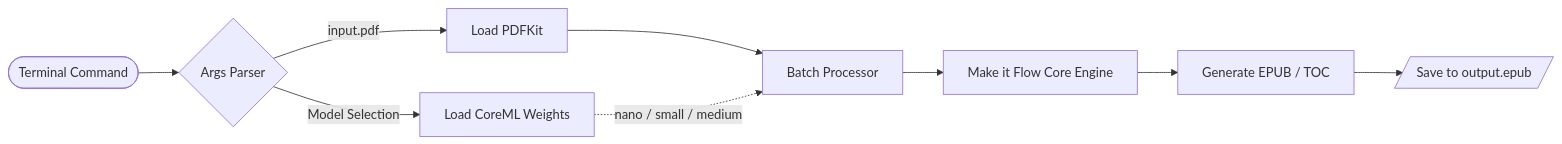
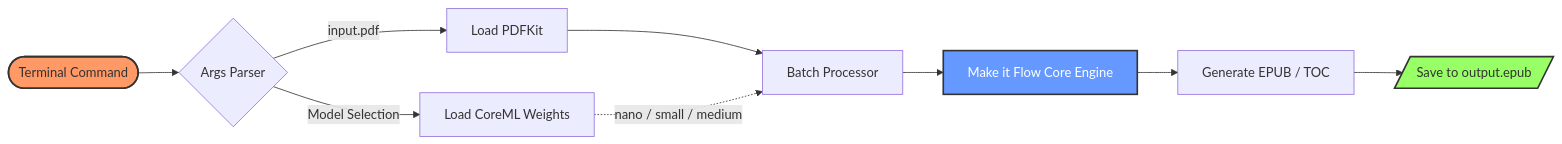
Before and after one commit to codinguniversefromEric/Make_it_Flow: the first of 2 diagrams in README.md, drawn with Mermaid. The commit also changed other lines of this file, not shown here.

Commit message:
docs: restore diagram styling colors while keeping DFD shapes

````diff
--- a/README.md
+++ b/README.md
@@ -24,13 +24,17 @@
 ```mermaid
 flowchart LR
     A([Terminal Command]) --> B{"Args Parser"}
     B -->|input.pdf| C["Load PDFKit"]
     B -->|Model Selection| D["Load CoreML Weights"]
     
     C --> E["Batch Processor"]
     D -.->|nano / small / medium| E
     
     E --> F["Make it Flow Core Engine"]
     F --> G["Generate EPUB / TOC"]
     G --> H[/"Save to output.epub"/]
+    
+    style A fill:#f96,stroke:#333,stroke-width:2px
+    style H fill:#9f6,stroke:#333,stroke-width:2px
+    style F fill:#69f,stroke:#333,stroke-width:2px,color:#fff
 ```
````
